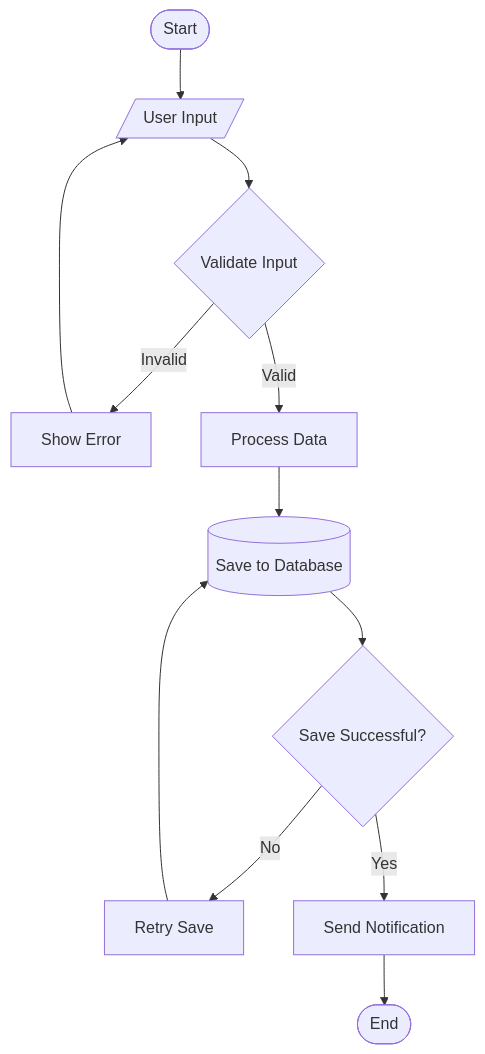
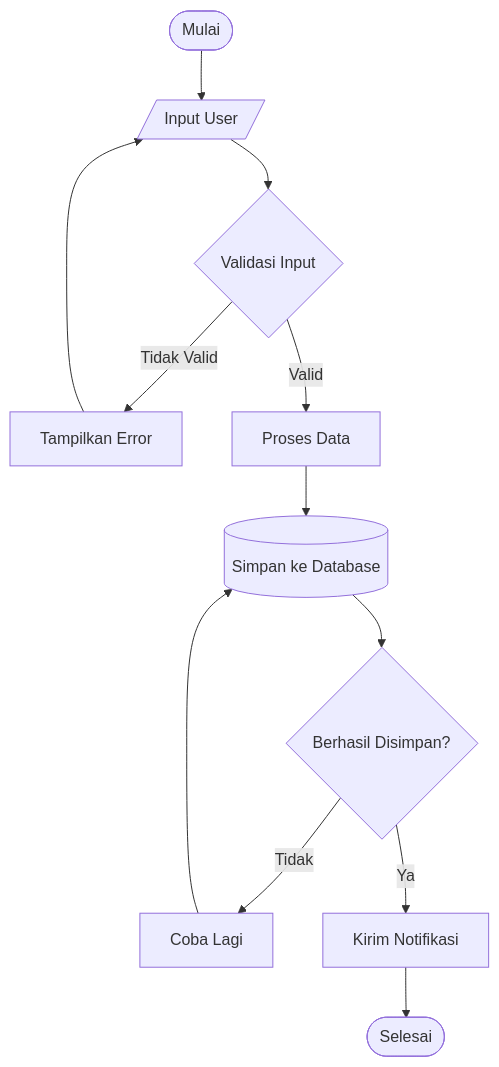
Before and after one commit to alsyauqi/docs: the fifth of 8 diagrams in flowcharts.mdx, drawn with Mermaid. The commit also changed other lines of this file, not shown here.

````diff
--- a/flowcharts.mdx
+++ b/flowcharts.mdx
@@ -89,14 +89,14 @@
 ```mermaid
 flowchart TD
-    Start([Start]) --> Input[/User Input/]
-    Input --> Validate{Validate Input}
-    Validate -->|Invalid| Error[Show Error]
+    Start([Mulai]) --> Input[/Input User/]
+    Input --> Validate{Validasi Input}
+    Validate -->|Tidak Valid| Error[Tampilkan Error]
     Error --> Input
-    Validate -->|Valid| Process[Process Data]
-    Process --> Save[(Save to Database)]
-    Save --> Success{Save Successful?}
-    Success -->|No| Retry[Retry Save]
+    Validate -->|Valid| Process[Proses Data]
+    Process --> Save[(Simpan ke Database)]
+    Save --> Success{Berhasil Disimpan?}
+    Success -->|Tidak| Retry[Coba Lagi]
     Retry --> Save
-    Success -->|Yes| Notify[Send Notification]
-    Notify --> End([End])
+    Success -->|Ya| Notify[Kirim Notifikasi]
+    Notify --> End([Selesai])
 ```
````
